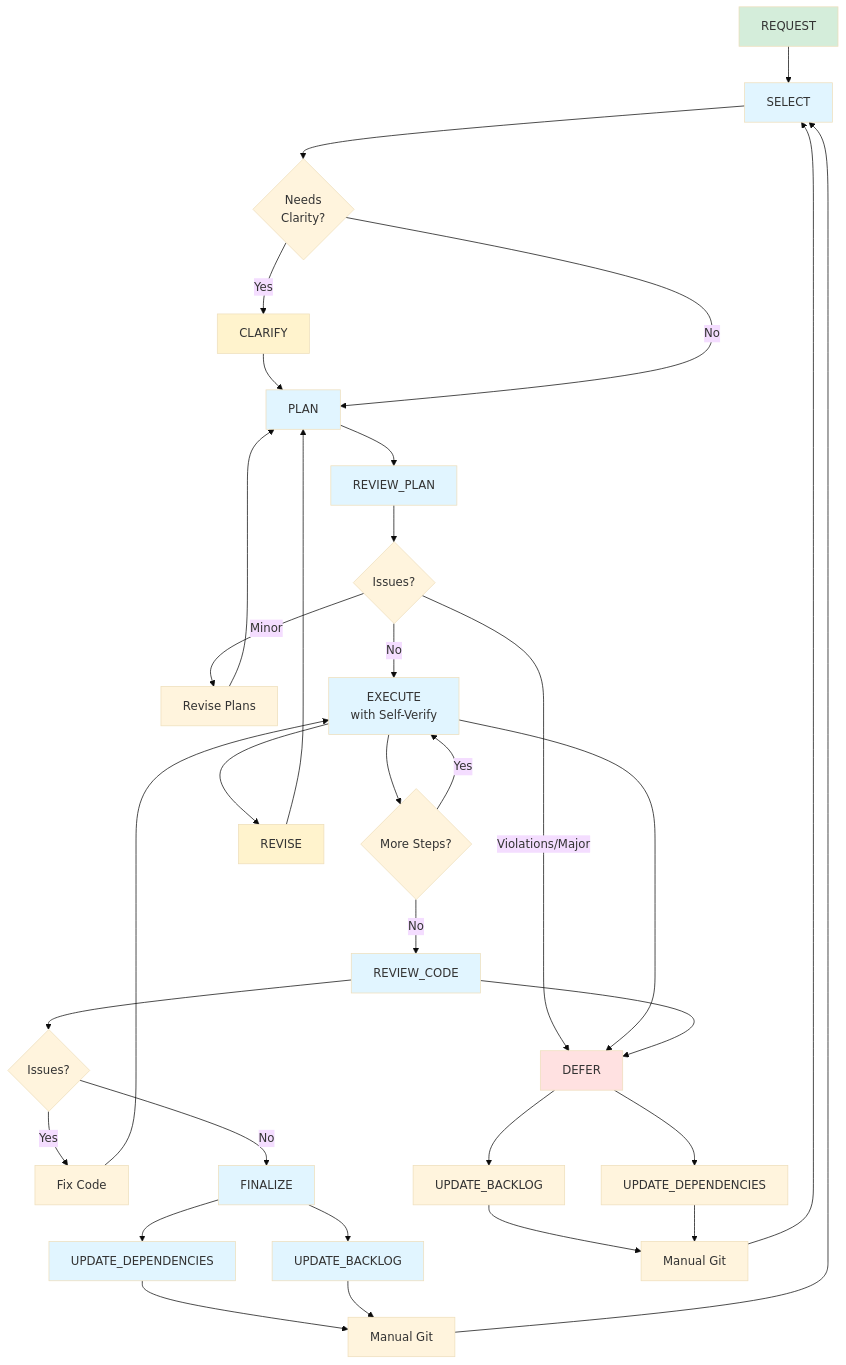
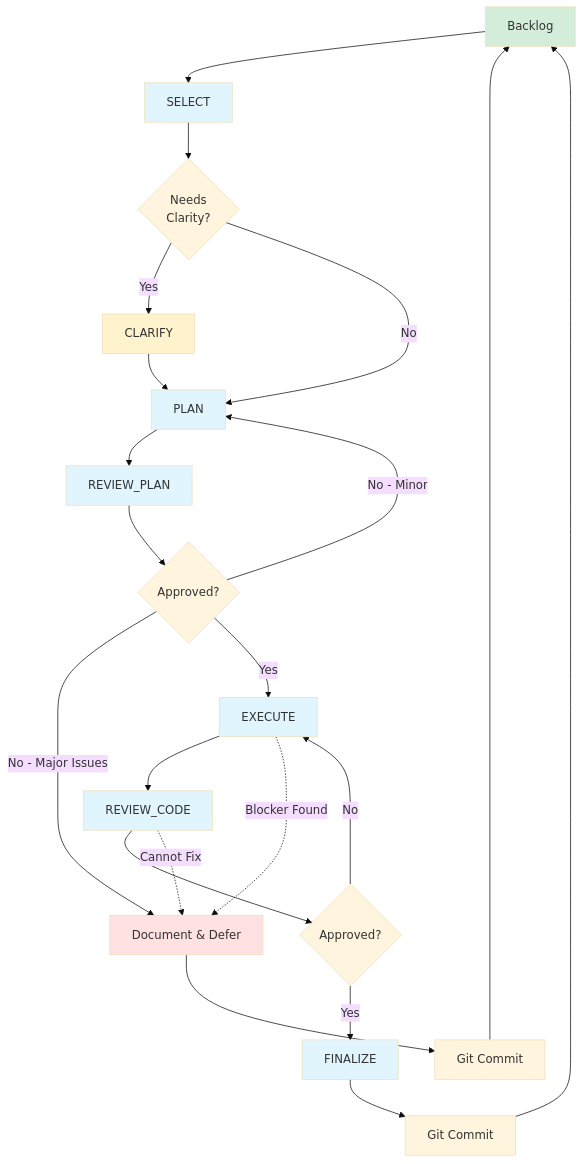
The diagram in TASKS/FEATURE/WORKFLOW.md (EvanLavender13/FrogLords), drawn with Mermaid (base theme) before and after one commit. The commit also changed other lines of this file and 63 other files, not shown here.

````diff
--- a/TASKS/FEATURE/WORKFLOW.md
+++ b/TASKS/FEATURE/WORKFLOW.md
@@ -9,52 +49,35 @@
 ```mermaid
 graph TD
-    REQ[REQUEST] --> A[SELECT]
+    BACKLOG[Backlog] --> A[SELECT]
     A --> CLAR{Needs<br/>Clarity?}
     CLAR -->|Yes| CF[CLARIFY]
     CF --> C[PLAN]
     CLAR -->|No| C
     C --> D[REVIEW_PLAN]
-    D --> E{Issues?}
-    E -->|Violations/Major| F[DEFER]
-    E -->|Minor| G[Revise Plans]
-    G --> C
-    E -->|No| H[EXECUTE<br/>with Self-Verify]
-    H --> I{More Steps?}
-    I -->|Yes| H
-    I -->|No| J[REVIEW_CODE]
-    J --> K{Issues?}
-    K -->|Yes| L[Fix Code]
-    L --> H
-    K -->|No| M[FINALIZE]
-    M --> N[UPDATE_DEPENDENCIES]
-    M --> O[UPDATE_BACKLOG]
-    N --> Q[Manual Git]
-    O --> Q
-    Q --> A
-    F --> R[UPDATE_BACKLOG]
-    F --> S[UPDATE_DEPENDENCIES]
-    R --> U[Manual Git]
-    S --> U
-    U --> A
+    D --> E{Approved?}
+    E -->|No - Major Issues| DEFER[Document & Defer]
+    E -->|No - Minor| C
+    E -->|Yes| H[EXECUTE]
+    H --> J[REVIEW_CODE]
+    J --> K{Approved?}
+    K -->|No| H
+    K -->|Yes| M[FINALIZE]
+    M --> Q[Git Commit]
+    Q --> BACKLOG
+    DEFER --> Q2[Git Commit]
+    Q2 --> BACKLOG
 
-    %% Mid-feature scope changes
-    H --> UP[REVISE]
-    UP --> C
+    %% Execution can discover need to defer
+    H -.->|Blocker Found| DEFER
+    J -.->|Cannot Fix| DEFER
 
-    %% Implementation-phase deferral
-    H --> F
-    J --> F
-
-    style REQ fill:#d4edda
+    style BACKLOG fill:#d4edda
     style A fill:#e1f5ff
     style CF fill:#fff3cd
     style C fill:#e1f5ff
     style D fill:#e1f5ff
-    style F fill:#ffe1e1
+    style DEFER fill:#ffe1e1
     style H fill:#e1f5ff
     style J fill:#e1f5ff
     style M fill:#e1f5ff
-    style N fill:#e1f5ff
-    style O fill:#e1f5ff
-    style UP fill:#fff3cd
 ```
````
